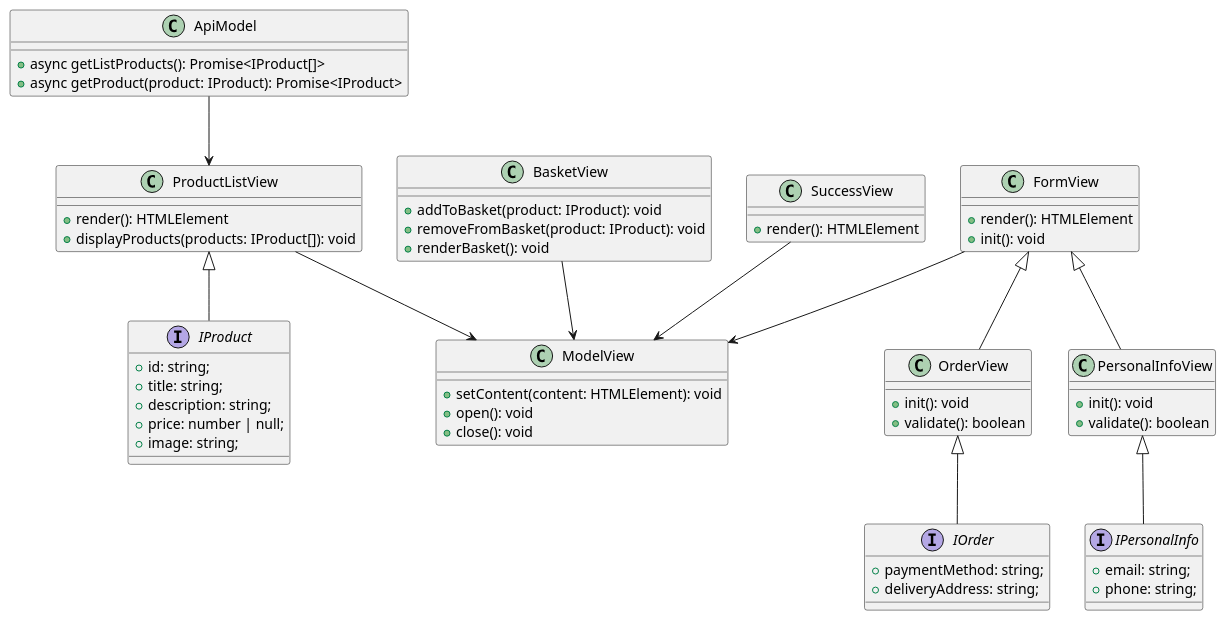
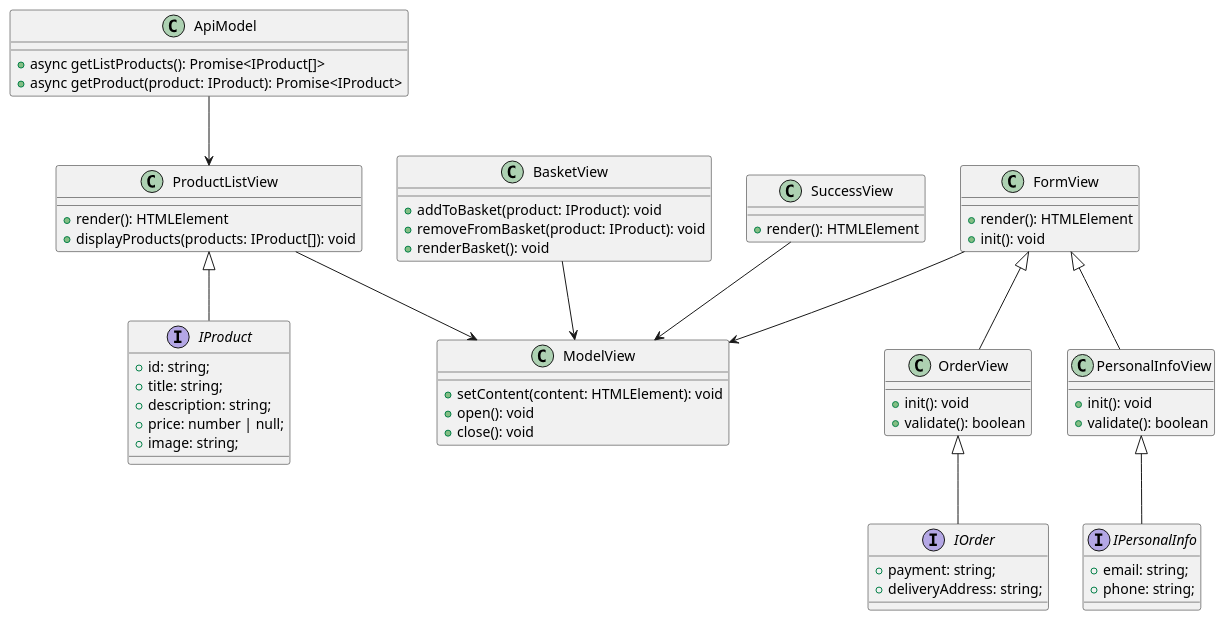
One commit to darya-dolidze/web-larek-frontend changed the diagram in UML.puml. Above: the diagram before and after it, drawn with PlantUML. The commit also changed 25 other files, not shown here.

```diff
--- a/UML.puml
+++ b/UML.puml
@@ -1,78 +1,78 @@
 @startuml
 
 ' Defining the interfaces
 interface IProduct {
     +id: string;
     +title: string;
     +description: string;
     +price: number | null;
     +image: string;
 }
 
 interface IPersonalInfo {
     +email: string;
     +phone: string;
 }
 
 interface IOrder {
-    +paymentMethod: string;
+    +payment: string;
     +deliveryAddress: string;
 }
 
 ' Class definitions
 class ApiModel {
     +async getListProducts(): Promise<IProduct[]>
     +async getProduct(product: IProduct): Promise<IProduct>
 }
 
 class ModelView {
     +setContent(content: HTMLElement): void
     +open(): void
     +close(): void
 }
 
 class BasketView {
     +addToBasket(product: IProduct): void
     +removeFromBasket(product: IProduct): void
     +renderBasket(): void
 }
 
 class FormView {
     +render(): HTMLElement
     +init(): void
 }
 
 class OrderView {
     +init(): void
     +validate(): boolean
 }
 
 class PersonalInfoView {
     +init(): void
     +validate(): boolean
 }
 
 class ProductListView {
     +render(): HTMLElement
     +displayProducts(products: IProduct[]): void
 }
 
 class SuccessView {
     +render(): HTMLElement
 }
 
 ProductListView  <|-- IProduct
 OrderView  <|-- IOrder
 PersonalInfoView  <|-- IPersonalInfo
 
 FormView <|-- OrderView 
 FormView <|-- PersonalInfoView
 ApiModel --> ProductListView 
 
 BasketView --> ModelView 
 FormView --> ModelView
 ProductListView --> ModelView 
 SuccessView --> ModelView
 
 
 @enduml
```
